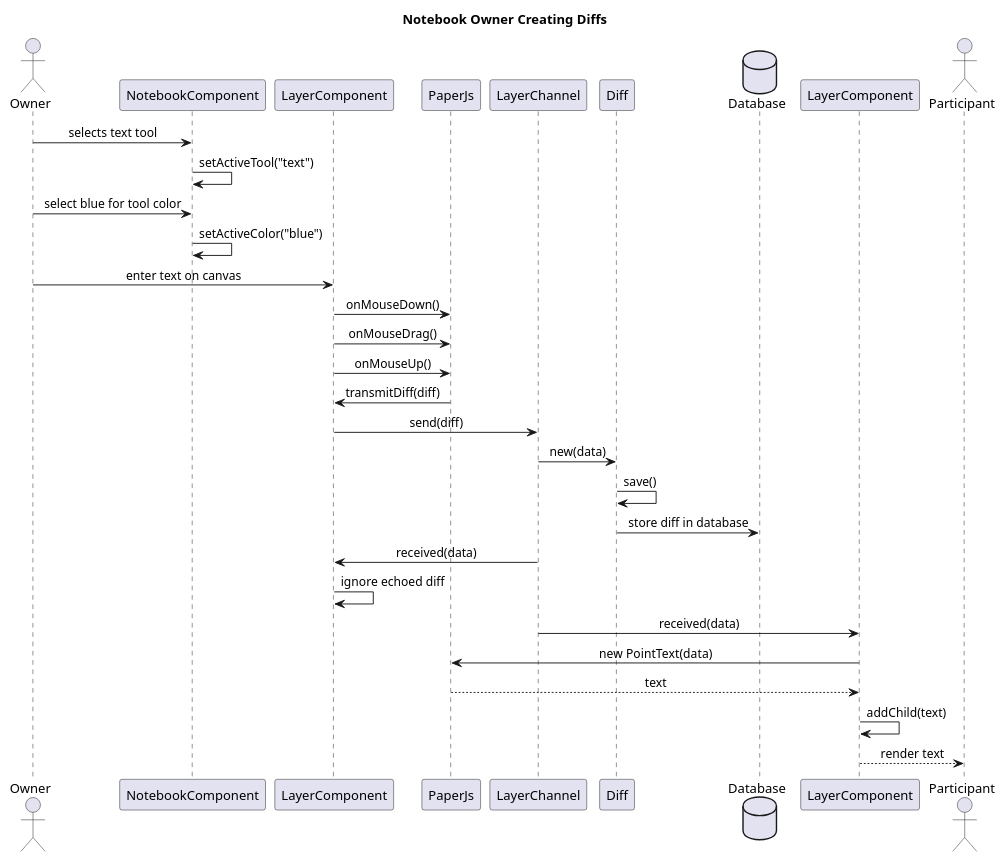
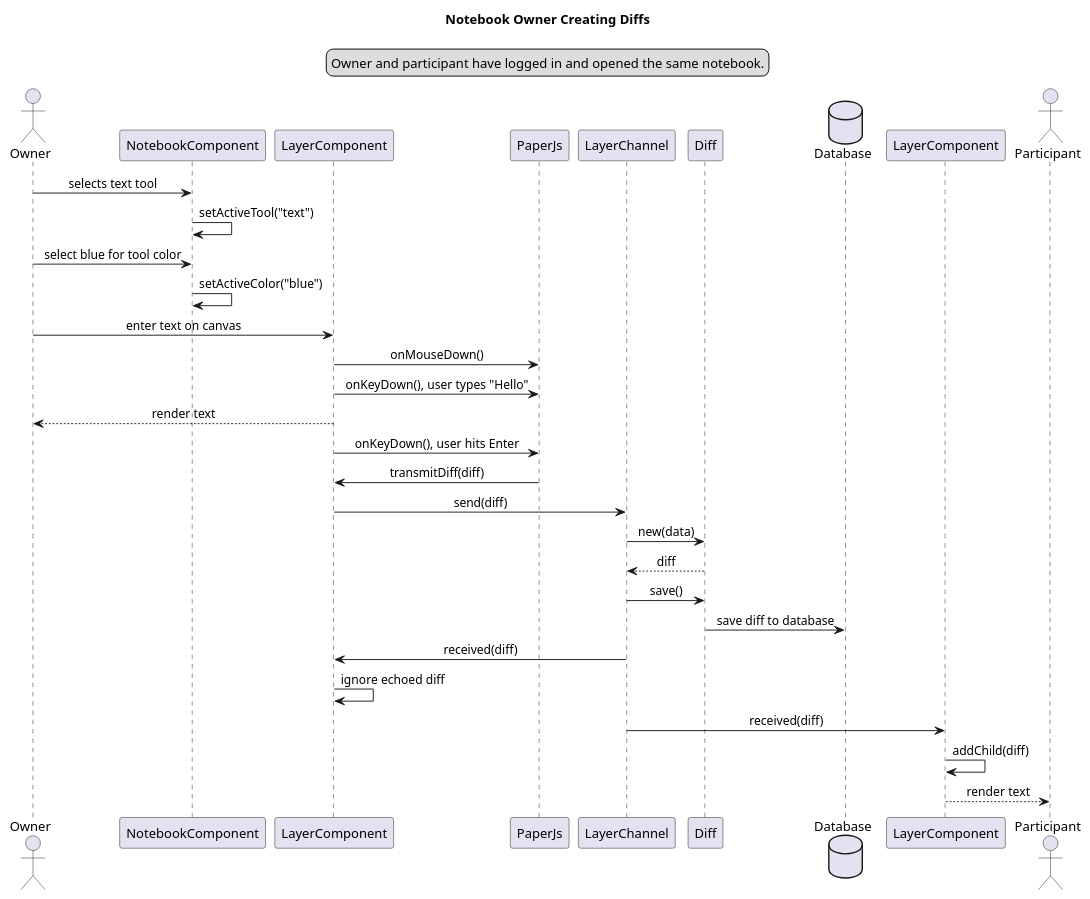
Before and after one commit to calebschoepp/canvasync: the diagram in docs/preliminary_design/owner_create_diffs_seq.plantuml, drawn with PlantUML. The commit also changed 6 other files, not shown here.

```diff
--- a/docs/preliminary_design/owner_create_diffs_seq.plantuml
+++ b/docs/preliminary_design/owner_create_diffs_seq.plantuml
@@ -1,47 +1,43 @@
 @startuml Notebook Owner Creating Diffs
 title Notebook Owner Creating Diffs
 skinparam sequenceMessageAlign center
+legend top
+Owner and participant have logged in and opened the same notebook.
+endlegend
 
 actor Owner as owner
 participant NotebookComponent as nc
 participant LayerComponent as olc
-participant PaperJs as pjs
+participant PaperJs as opjs
 participant LayerChannel as lch
 participant Diff as d
 database Database as db
 participant LayerComponent as plc
-actor Participant as participant
-
-' PREREQUISITES
-' - owner has notebook open
-' - participant has notebook open
+actor Participant as partic
 
 owner -> nc : selects text tool
 nc -> nc : setActiveTool("text")
 owner -> nc : select blue for tool color
 nc -> nc : setActiveColor("blue")
 owner -> olc : enter text on canvas
 
-' TODO: maybe fix these to be text handlers?
-olc -> pjs : onMouseDown()
-olc -> pjs : onMouseDrag()
-olc -> pjs : onMouseUp()
+olc -> opjs : onMouseDown()
+olc -> opjs : onKeyDown(), user types "Hello"
+olc --> owner : render text
+olc -> opjs : onKeyDown(), user hits Enter
+opjs -> olc : transmitDiff(diff)
 
-pjs -> olc : transmitDiff(diff)
 olc -> lch : send(diff)
 lch -> d : new(data)
-d -> d : save()
-d -> db : store diff in database
+d --> lch : diff
+lch -> d : save()
+d -> db : save diff to database
 
-' TODO: maybe denote that owner and participant flows below happen in parallel
-lch -> olc : received(data)
+lch -> olc : received(diff)
 olc -> olc : ignore echoed diff
 
-lch -> plc : received(data)
-plc -> pjs : new PointText(data)
-pjs --> plc : text
-plc -> plc : addChild(text)
+lch -> plc : received(diff)
+plc -> plc : addChild(diff)
 
-' TODO: is this needed?
-plc --> participant : render text
+plc --> partic : render text
 @enduml
```
